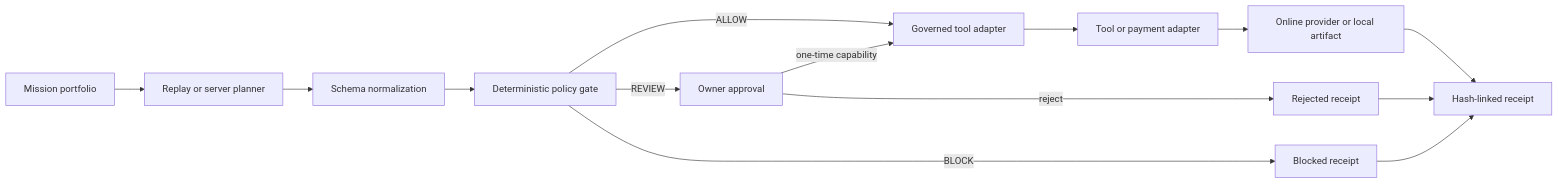
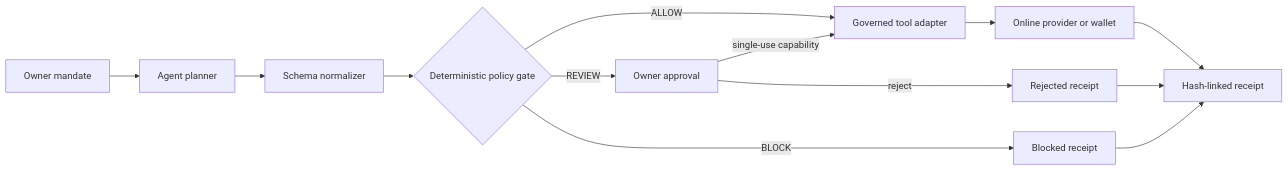
Before and after one commit to FeeeeelixWong/solepilot: the diagram in README.md, drawn with Mermaid. The commit also changed other lines of this file and 14 other files, not shown here.

````diff
--- a/README.md
+++ b/README.md
@@ -82,16 +91,15 @@
 ```mermaid
 flowchart LR
-  O[Mission portfolio] --> P[Replay or server planner]
-  P --> V[Schema normalization]
-  V --> G[Deterministic policy gate]
-  G -->|ALLOW| T[Governed tool adapter]
-  G -->|REVIEW| A[Owner approval]
-  A -->|one-time capability| T
-  A -->|reject| R[Rejected receipt]
-  G -->|BLOCK| B[Blocked receipt]
-  T --> X[Tool or payment adapter]
-  X --> F[Online provider or local artifact]
-  F --> H[Hash-linked receipt]
+  O["Owner mandate"] --> P["Agent planner"]
+  P --> N["Schema normalizer"]
+  N --> G{"Deterministic policy gate"}
+  G -->|ALLOW| T["Governed tool adapter"]
+  G -->|REVIEW| A["Owner approval"]
+  A -->|single-use capability| T
+  A -->|reject| R["Rejected receipt"]
+  G -->|BLOCK| B["Blocked receipt"]
+  T --> X["Online provider or wallet"]
+  X --> H["Hash-linked receipt"]
   R --> H
   B --> H
 ```
````
